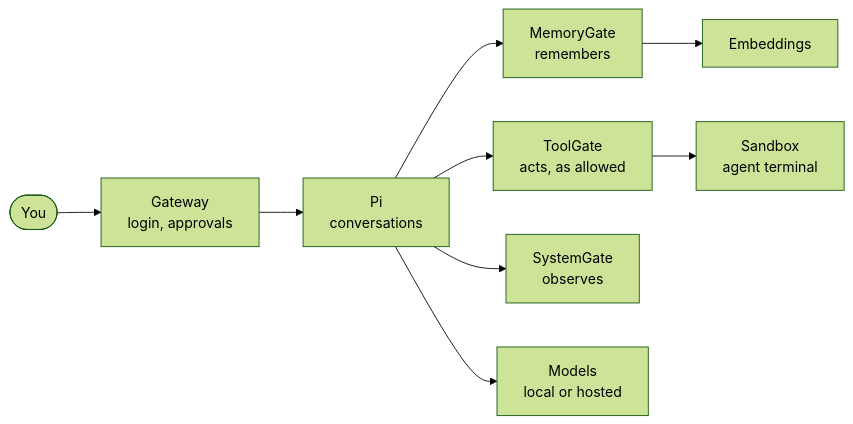
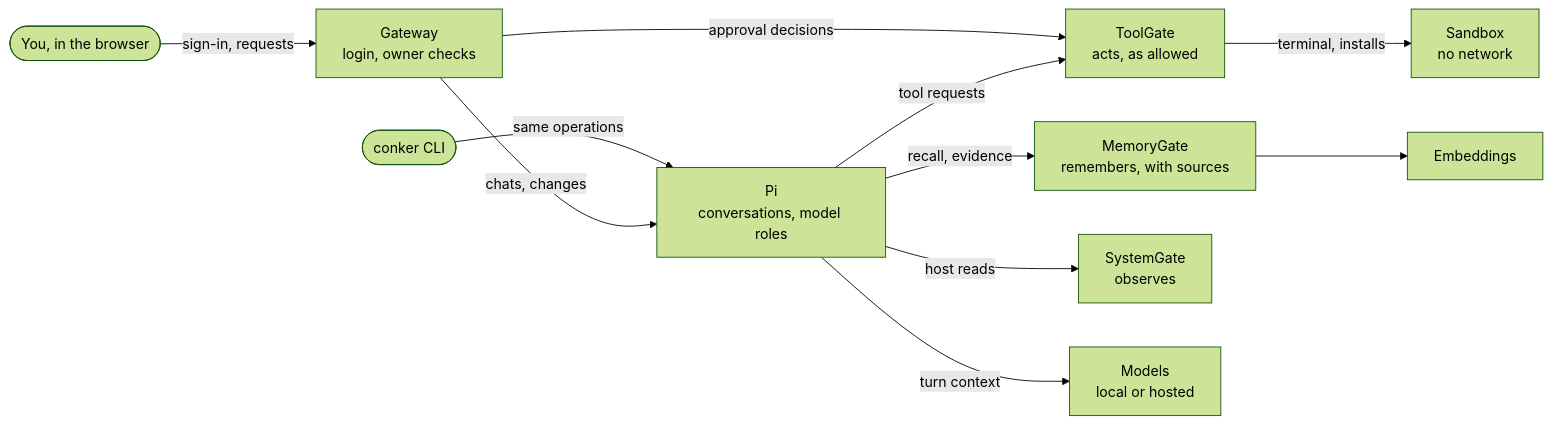
One commit to Conker-AI/conker changed the diagram in README.md. Above: the diagram before and after it, drawn with Mermaid (forest theme). The commit also changed 2 other files, not shown here.

Commit message:
docs: starter tasks in CONTRIBUTING and a labelled architecture diagram
New contributors had no list of small open work; seven are listed with where to look and a done
check, each verified open on main. The README diagram now matches docs/2-how-it-works.md: the
CLI, the Gateway's approval path to ToolGate, and a label on each arrow.

````diff
--- a/README.md
+++ b/README.md
@@ -108,11 +108,13 @@
 ```mermaid
 flowchart LR
-    You([You]) --> GW[Gateway<br/>login, approvals]
-    GW --> Pi[Pi<br/>conversations]
-    Pi --> MG[MemoryGate<br/>remembers]
-    Pi --> TG[ToolGate<br/>acts, as allowed]
-    Pi --> SG[SystemGate<br/>observes]
-    Pi --> M[Models<br/>local or hosted]
+    You([You, in the browser]) -->|sign-in, requests| GW[Gateway<br/>login, owner checks]
+    CLI([conker CLI]) -->|same operations| Pi
+    GW -->|chats, changes| Pi[Pi<br/>conversations, model roles]
+    GW -->|approval decisions| TG
+    Pi -->|tool requests| TG[ToolGate<br/>acts, as allowed]
+    Pi -->|recall, evidence| MG[MemoryGate<br/>remembers, with sources]
+    Pi -->|host reads| SG[SystemGate<br/>observes]
+    Pi -->|turn context| M[Models<br/>local or hosted]
     MG --> EM[Embeddings]
-    TG --> SB[Sandbox<br/>agent terminal]
+    TG -->|terminal, installs| SB[Sandbox<br/>no network]
 ```
````
